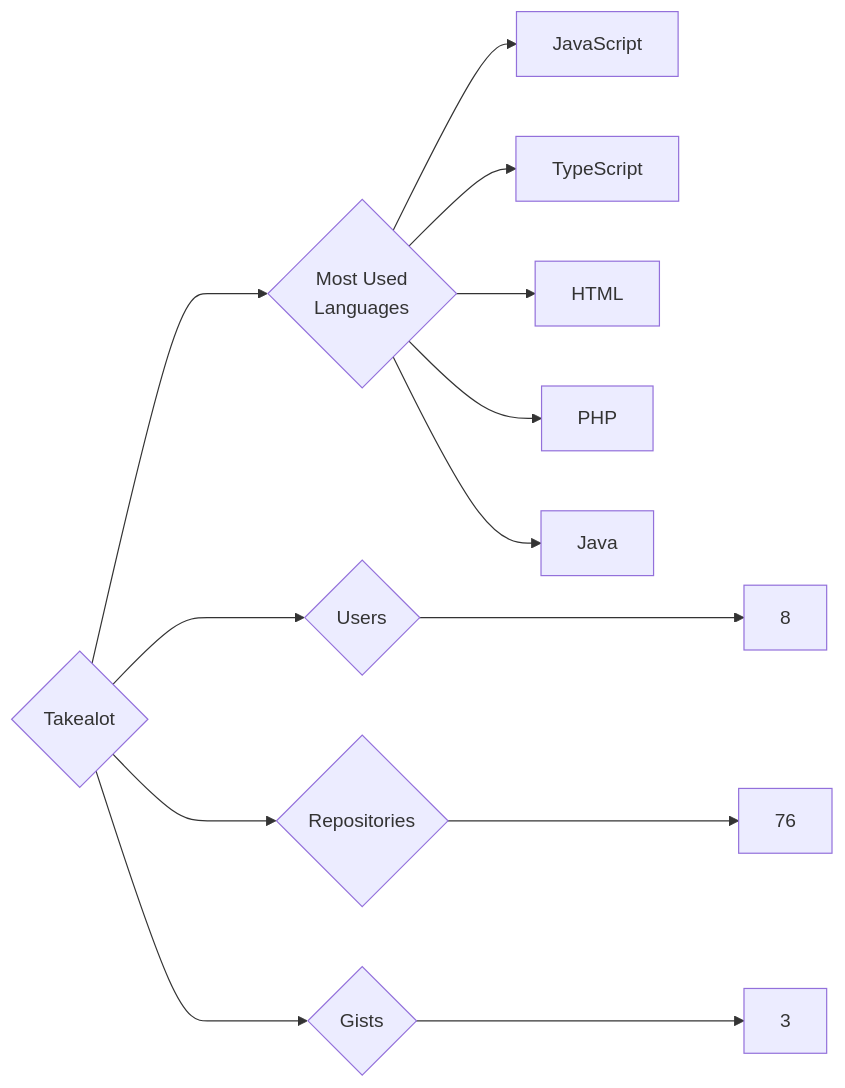
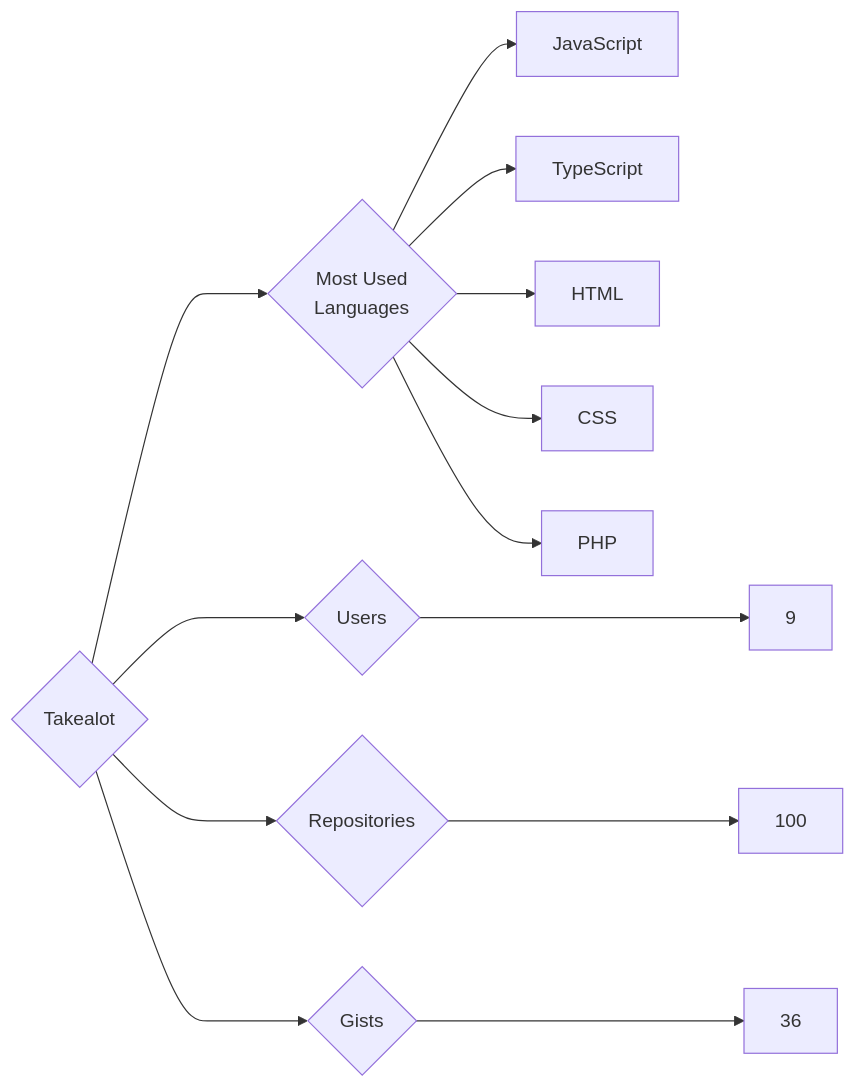
One commit to trickest/insiders changed the diagram in targets/Takealot/README.md. Above: the diagram before and after it, drawn with Mermaid. The commit also changed 928 other files, not shown here.

````diff
--- a/targets/Takealot/README.md
+++ b/targets/Takealot/README.md
@@ -3,13 +3,13 @@
 ```mermaid
 graph LR
 COMPANY_NAME{Takealot}
-COMPANY_NAME ---> U{Users} ---> UN[8]
-COMPANY_NAME ---> R{Repositories} ---> RN[76]
-COMPANY_NAME ---> G{Gists} ---> GN[3]
+COMPANY_NAME ---> U{Users} ---> UN[9]
+COMPANY_NAME ---> R{Repositories} ---> RN[100]
+COMPANY_NAME ---> G{Gists} ---> GN[36]
 COMPANY_NAME ---> ML{Most Used<br>Languages}
 ML --> JavaScript[JavaScript]
 ML --> TypeScript[TypeScript]
 ML --> HTML[HTML]
+ML --> CSS[CSS]
 ML --> PHP[PHP]
-ML --> Java[Java]
 ```
````
